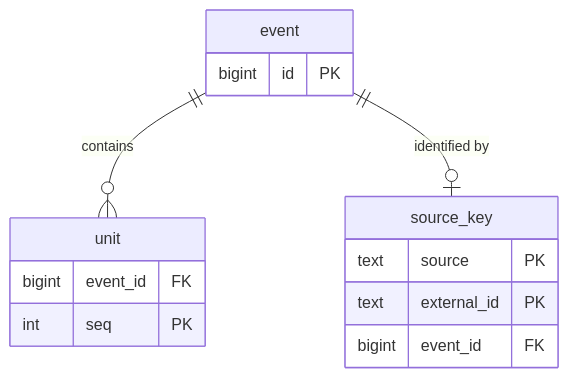
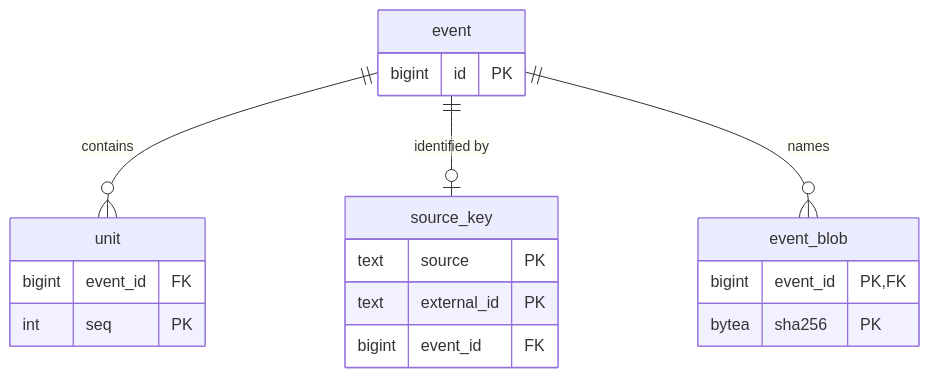
Before and after one commit to jensens/previously: the diagram in docs/reference/database-schema.md, drawn with Mermaid. The commit also changed other lines of this file and 34 other files, not shown here.

````diff
--- a/docs/reference/database-schema.md
+++ b/docs/reference/database-schema.md
@@ -11,19 +12,24 @@
 ```{mermaid}
-:caption: The three tables of the log, with their foreign keys; the projection tables are described below.
+:caption: The three tables of the log and the blob register, with their foreign keys; the projection tables are described below.
 
 erDiagram
     event {
         bigint id PK
     }
     unit {
         bigint event_id FK
         int seq PK
     }
     source_key {
         text source PK
         text external_id PK
         bigint event_id FK
     }
+    event_blob {
+        bigint event_id PK, FK
+        bytea sha256 PK
+    }
     event ||--o{ unit : contains
     event ||--o| source_key : "identified by"
+    event ||--o{ event_blob : "names"
 ```
````
